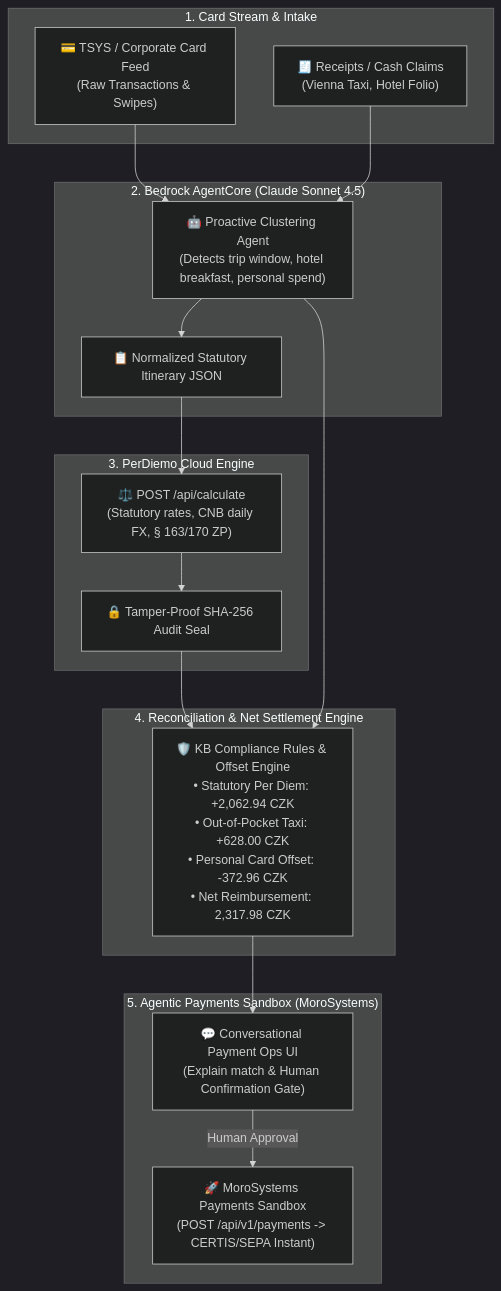
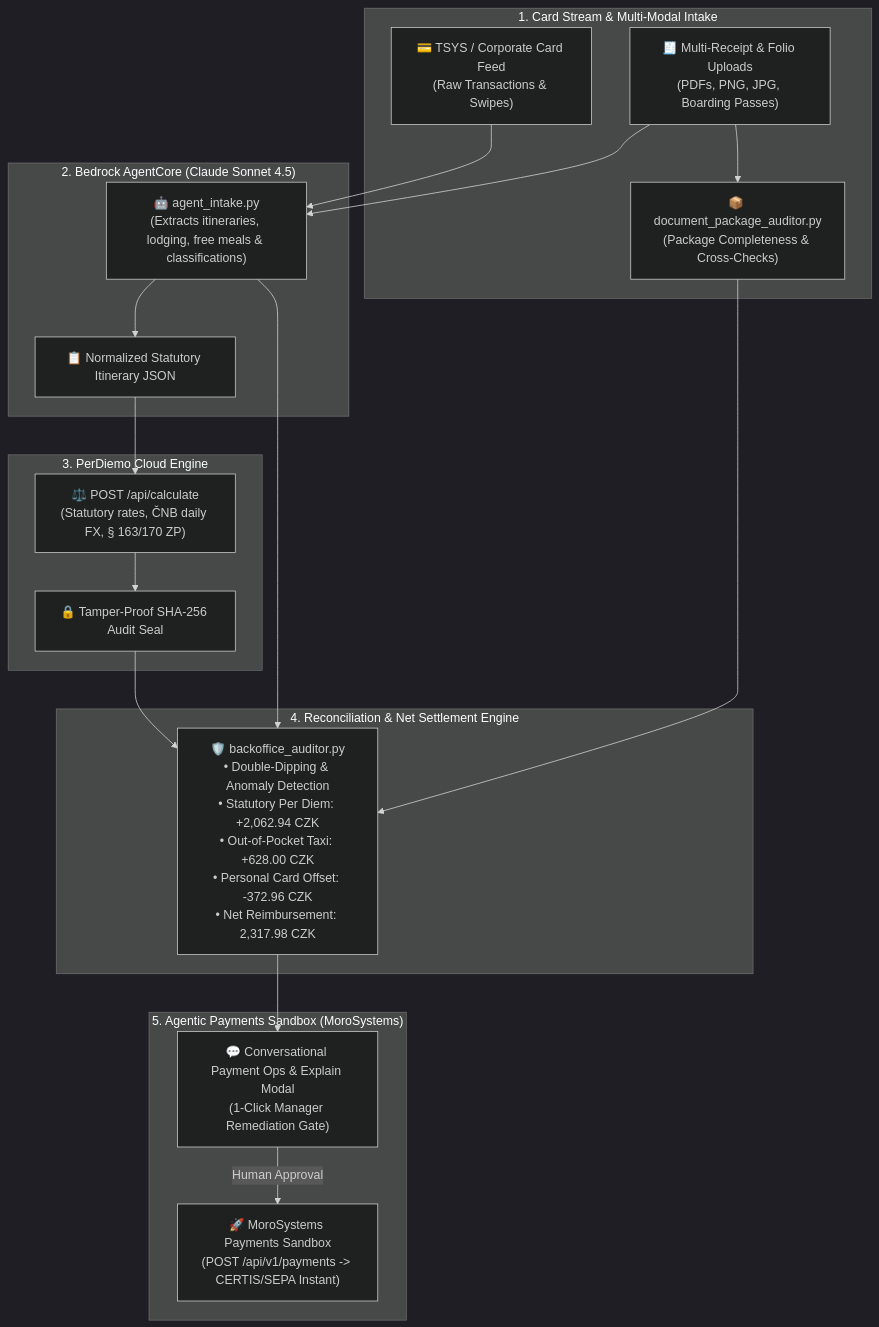
The diagram in README.md (dataquo/perdiemo-fintechers-hackathon-2026), drawn with Mermaid (dark theme) before and after one commit. The commit also changed other lines of this file and 41 other files, not shown here.

First line of the commit message:
feat(intake) (v1.1.15): integrate multi-modal OCR extraction and document package auditor

````diff
--- a/README.md
+++ b/README.md
@@ -35,36 +37,39 @@
 ```mermaid
 flowchart TD
-    subgraph INTAKE["1. Card Stream & Intake"]
+    subgraph INTAKE["1. Card Stream & Multi-Modal Intake"]
         A["💳 TSYS / Corporate Card Feed<br/>(Raw Transactions & Swipes)"]
-        B["🧾 Receipts / Cash Claims<br/>(Vienna Taxi, Hotel Folio)"]
+        B["🧾 Multi-Receipt & Folio Uploads<br/>(PDFs, PNG, JPG, Boarding Passes)"]
+        PKG["📦 document_package_auditor.py<br/>(Package Completeness & Cross-Checks)"]
     end
 
     subgraph AGENT["2. Bedrock AgentCore (Claude Sonnet 4.5)"]
-        C["🤖 Proactive Clustering Agent<br/>(Detects trip window, hotel breakfast, personal spend)"]
+        C["🤖 agent_intake.py<br/>(Extracts itineraries, lodging, free meals & classifications)"]
         D["📋 Normalized Statutory Itinerary JSON"]
     end
 
     subgraph ENGINE["3. PerDiemo Cloud Engine"]
-        E["⚖️ POST /api/calculate<br/>(Statutory rates, CNB daily FX, § 163/170 ZP)"]
+        E["⚖️ POST /api/calculate<br/>(Statutory rates, ČNB daily FX, § 163/170 ZP)"]
         F["🔒 Tamper-Proof SHA-256 Audit Seal"]
     end
 
     subgraph AUDIT["4. Reconciliation & Net Settlement Engine"]
-        G["🛡️ KB Compliance Rules & Offset Engine<br/>• Statutory Per Diem: +2,062.94 CZK<br/>• Out-of-Pocket Taxi: +628.00 CZK<br/>• Personal Card Offset: -372.96 CZK<br/>• Net Reimbursement: 2,317.98 CZK"]
+        G["🛡️ backoffice_auditor.py<br/>• Double-Dipping & Anomaly Detection<br/>• Statutory Per Diem: +2,062.94 CZK<br/>• Out-of-Pocket Taxi: +628.00 CZK<br/>• Personal Card Offset: -372.96 CZK<br/>• Net Reimbursement: 2,317.98 CZK"]
     end
 
     subgraph MONEY["5. Agentic Payments Sandbox (MoroSystems)"]
-        H["💬 Conversational Payment Ops UI<br/>(Explain match & Human Confirmation Gate)"]
+        H["💬 Conversational Payment Ops & Explain Modal<br/>(1-Click Manager Remediation Gate)"]
         I["🚀 MoroSystems Payments Sandbox<br/>(POST /api/v1/payments -> CERTIS/SEPA Instant)"]
     end
 
     A --> C
     B --> C
+    B --> PKG
+    PKG --> G
     C --> D
     D --> E
     E --> F
     F --> G
     C --> G
     G --> H
     H -->|Human Approval| I
 ```
````
